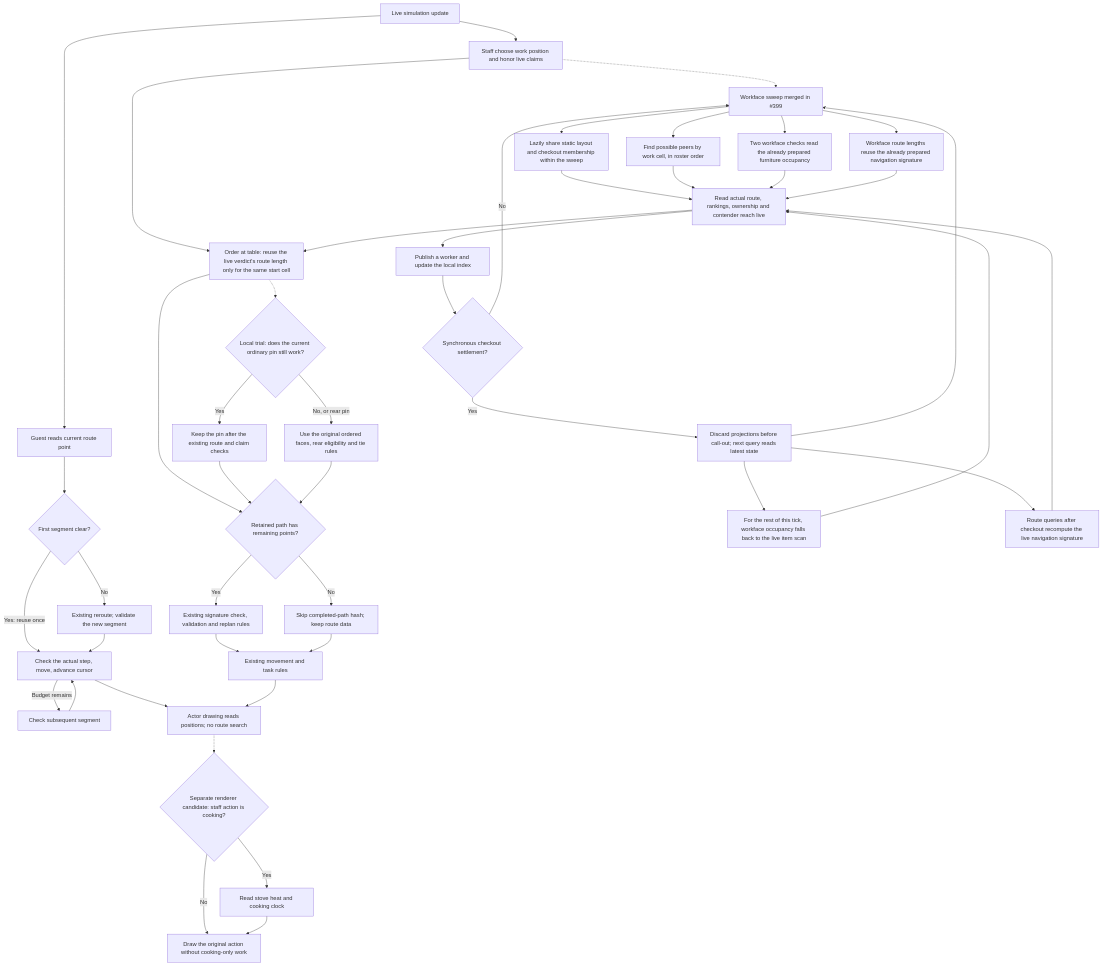
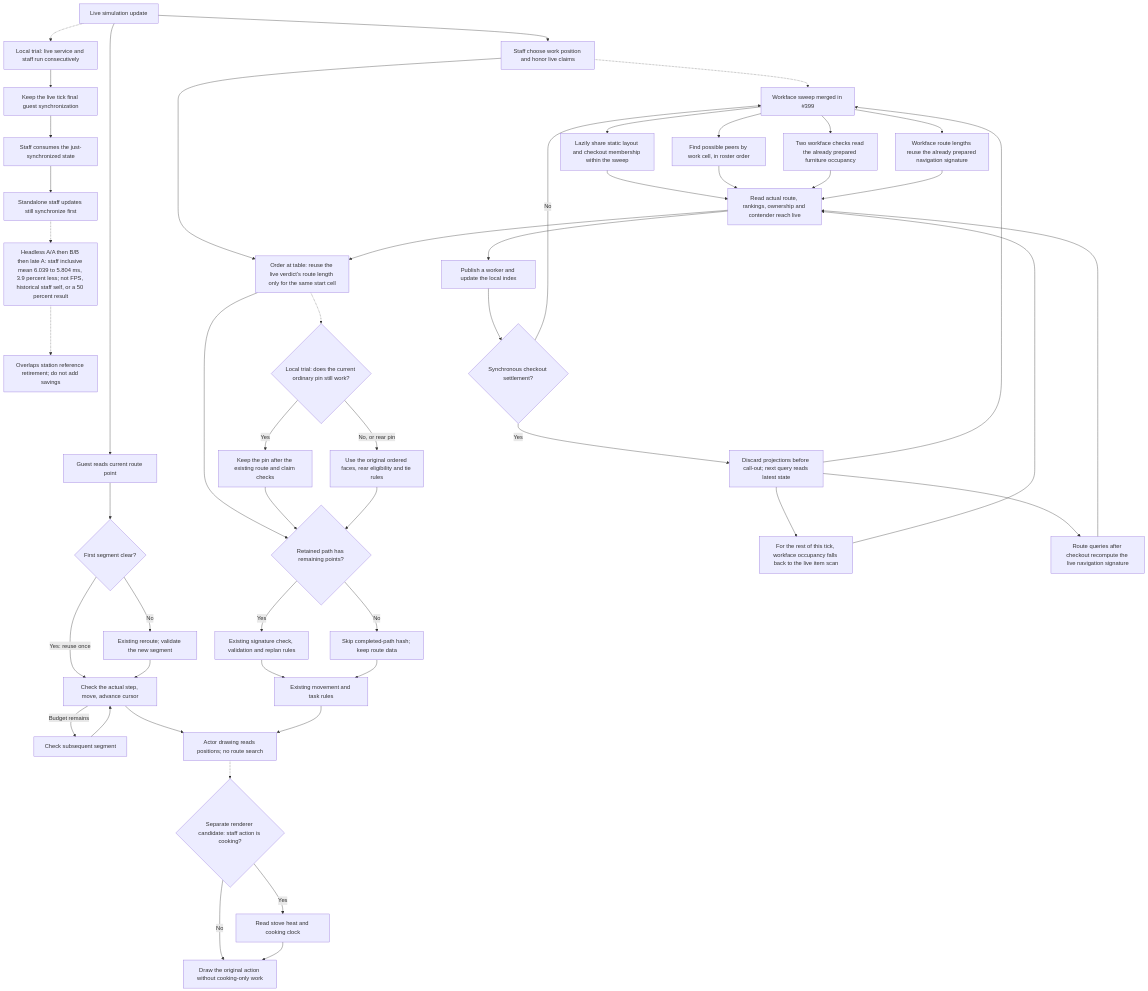
The diagram in docs/development/actor-frame-budget/actor-work.mmd (yiyousiow000814/little-leaf), drawn with Mermaid before and after one commit. The commit also changed 7 other files, not shown here.

First line of the commit message:
Avoid repeating guest synchronization before staff updates

```diff
--- a/docs/development/actor-frame-budget/actor-work.mmd
+++ b/docs/development/actor-frame-budget/actor-work.mmd
@@ -1,48 +1,54 @@
 flowchart TD
     Sim["Live simulation update"]
     Sim --> G["Guest reads current route point"]
     G --> B{"First segment clear?"}
     B -->|"Yes: reuse once"| S["Check the actual step, move, advance cursor"]
     B -->|"No"| R["Existing reroute; validate the new segment"]
     R --> S
     S -->|"Budget remains"| L["Check subsequent segment"]
     L --> S
     Sim --> F["Staff choose work position and honor live claims"]
+    Sim -.-> GS["Local trial: live service and staff run consecutively"]
+    GS --> GSA["Keep the live tick final guest synchronization"]
+    GSA --> GSB["Staff consumes the just-synchronized state"]
+    GSB --> GSC["Standalone staff updates still synchronize first"]
+    GSC -.-> GSD["Headless A/A then B/B then late A: staff inclusive mean 6.039 to 5.804 ms, 3.9 percent less; not FPS, historical staff self, or a 50 percent result"]
+    GSD -.-> GSE["Overlaps station reference retirement; do not add savings"]
     F --> O["Order at table: reuse the live verdict's route length only for the same start cell"]
     O --> E{"Retained path has remaining points?"}
     E -->|"Yes"| V["Existing signature check, validation and replan rules"]
     E -->|"No"| N["Skip completed-path hash; keep route data"]
     V --> M["Existing movement and task rules"]
     N --> M
     S --> D["Actor drawing reads positions; no route search"]
     M --> D
     D -.-> C{"Separate renderer candidate: staff action is cooking?"}
     C -->|"Yes"| H["Read stove heat and cooking clock"]
     C -->|"No"| P["Draw the original action without cooking-only work"]
     H --> P
 
     F -.-> A["Workface sweep merged in #399"]
     A --> Q["Lazily share static layout and checkout membership within the sweep"]
     A --> I["Find possible peers by work cell, in roster order"]
     A --> Y["Two workface checks read the already prepared furniture occupancy"]
     A --> K["Workface route lengths reuse the already prepared navigation signature"]
     Q --> J["Read actual route, rankings, ownership and contender reach live"]
     I --> J
     Y --> J
     K --> J
     J --> U["Publish a worker and update the local index"]
     U --> W{"Synchronous checkout settlement?"}
     W -->|"Yes"| X["Discard projections before call-out; next query reads latest state"]
     W -->|"No"| A
     X --> A
     X --> Z["For the rest of this tick, workface occupancy falls back to the live item scan"]
     X --> T["Route queries after checkout recompute the live navigation signature"]
     Z --> J
     T --> J
     J --> O
 
     O -.-> PI{"Local trial: does the current ordinary pin still work?"}
     PI -->|"Yes"| PR["Keep the pin after the existing route and claim checks"]
     PI -->|"No, or rear pin"| PA["Use the original ordered faces, rear eligibility and tie rules"]
     PR --> E
     PA --> E
```
